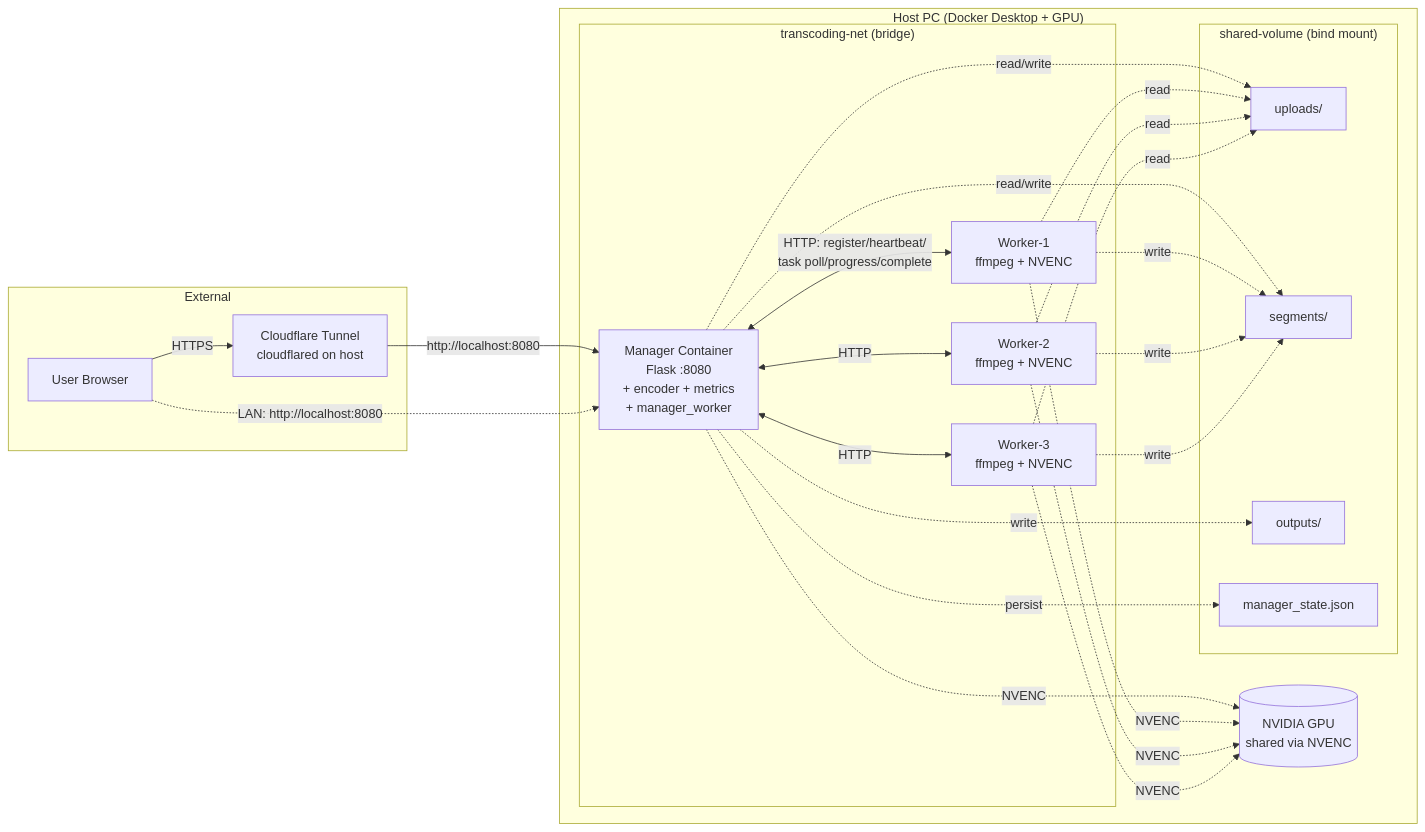
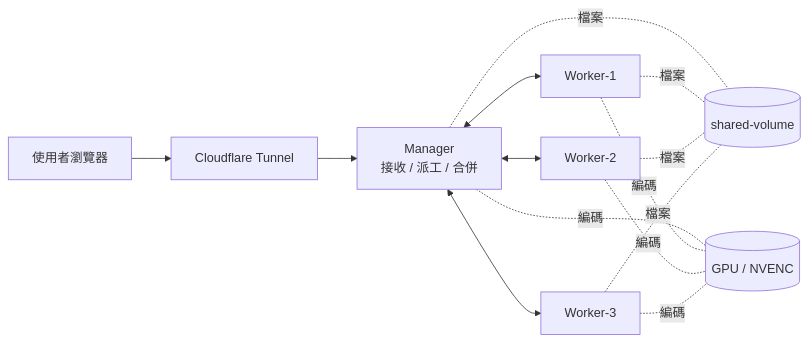
The diagram in docs/architecture.md (Freedom-Hank/Video_Transcoding), drawn with Mermaid before and after one commit. The commit also changed other lines of this file and 6 other files, not shown here.

````diff
--- a/docs/architecture.md
+++ b/docs/architecture.md
@@ -3,49 +3,24 @@
 ```mermaid
 graph LR
-    subgraph external["External"]
-        BROWSER[User Browser]
-        CF[Cloudflare Tunnel<br/>cloudflared on host]
-    end
+    USER[使用者瀏覽器]
+    CF[Cloudflare Tunnel]
+    MGR[Manager<br/>接收 / 派工 / 合併]
+    W1[Worker-1]
+    W2[Worker-2]
+    W3[Worker-3]
+    VOL[(shared-volume)]
+    GPU[(GPU / NVENC)]
 
-    subgraph host["Host PC (Docker Desktop + GPU)"]
-        subgraph net["transcoding-net (bridge)"]
-            MGR["Manager Container<br/>Flask :8080<br/>+ encoder + metrics<br/>+ manager_worker"]
-            W1["Worker-1<br/>ffmpeg + NVENC"]
-            W2["Worker-2<br/>ffmpeg + NVENC"]
-            W3["Worker-3<br/>ffmpeg + NVENC"]
-        end
-
-        subgraph vol["shared-volume (bind mount)"]
-            UP[uploads/]
-            SEG[segments/]
-            OUT[outputs/]
-            STATE[manager_state.json]
-        end
-
-        GPU[(NVIDIA GPU<br/>shared via NVENC)]
-    end
-
-    BROWSER -->|HTTPS| CF
-    CF -->|http://localhost:8080| MGR
-    BROWSER -.->|LAN: http://localhost:8080| MGR
-
-    MGR <-->|HTTP: register/heartbeat/<br/>task poll/progress/complete| W1
-    MGR <-->|HTTP| W2
-    MGR <-->|HTTP| W3
-
-    MGR -.read/write.-> UP
-    MGR -.read/write.-> SEG
-    MGR -.write.-> OUT
-    MGR -.persist.-> STATE
-    W1 -.read.-> UP
-    W1 -.write.-> SEG
-    W2 -.read.-> UP
-    W2 -.write.-> SEG
-    W3 -.read.-> UP
-    W3 -.write.-> SEG
-
-    MGR -. NVENC .-> GPU
-    W1 -. NVENC .-> GPU
-    W2 -. NVENC .-> GPU
-    W3 -. NVENC .-> GPU
+    USER --> CF --> MGR
+    MGR <--> W1
+    MGR <--> W2
+    MGR <--> W3
+    MGR -.檔案.- VOL
+    W1 -.檔案.- VOL
+    W2 -.檔案.- VOL
+    W3 -.檔案.- VOL
+    MGR -.編碼.- GPU
+    W1 -.編碼.- GPU
+    W2 -.編碼.- GPU
+    W3 -.編碼.- GPU
 ```
````
